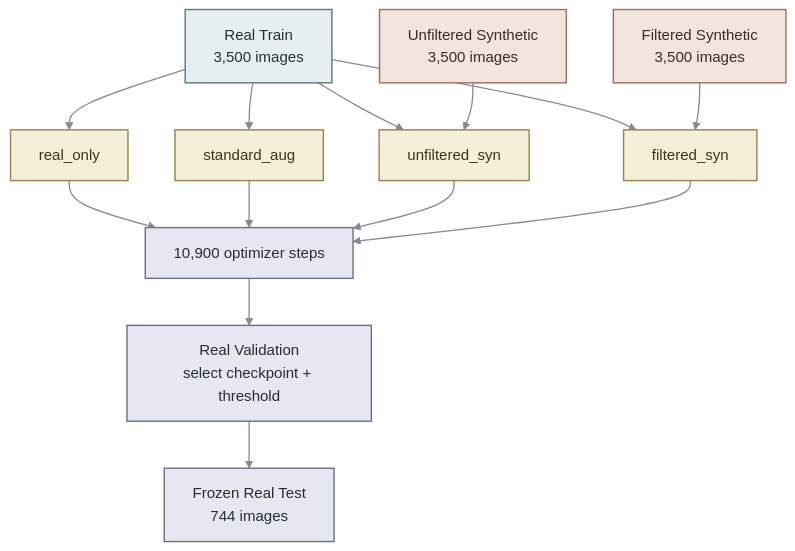
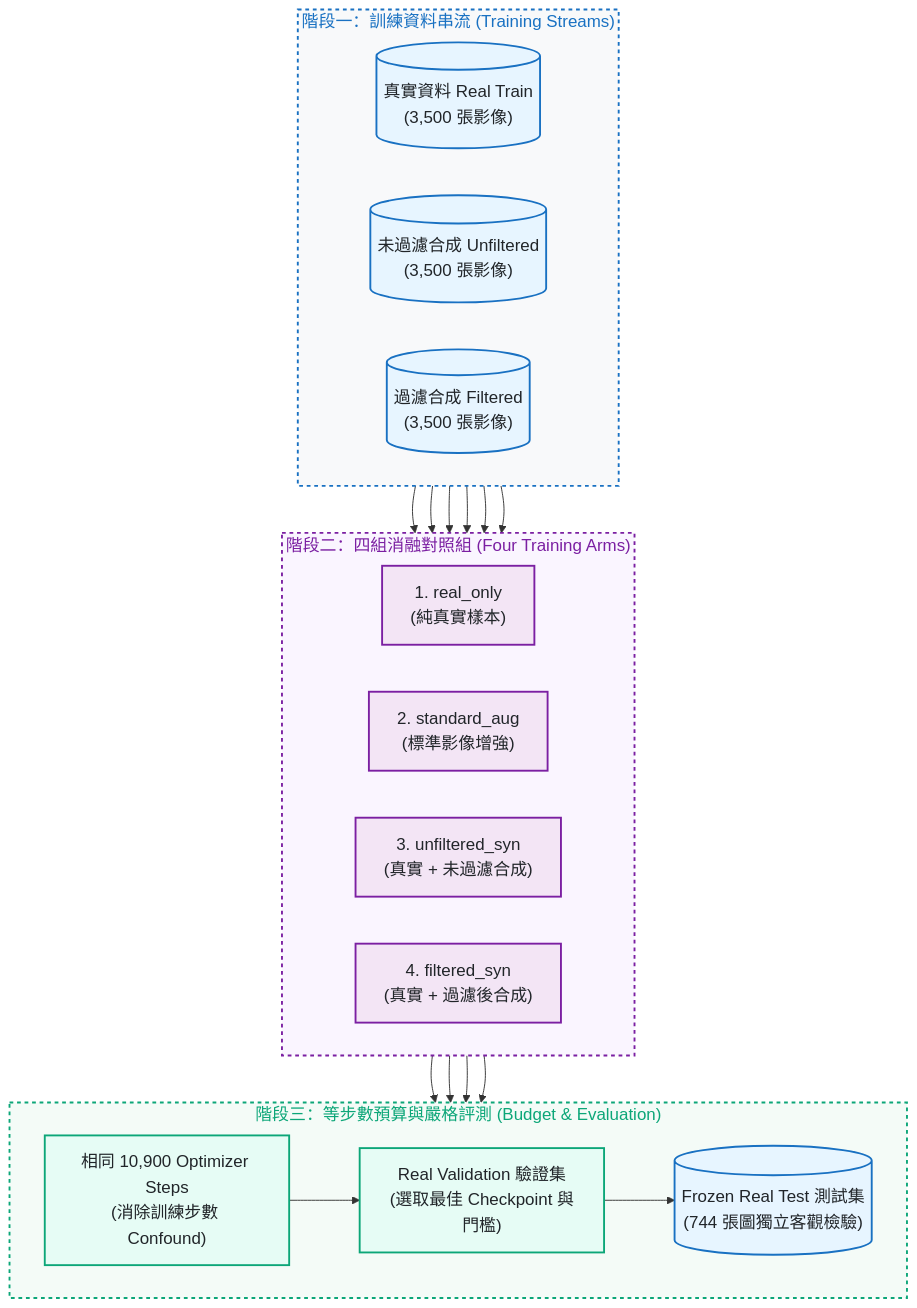
Before and after one commit to kuotunyu/SafeSynth: the second of 2 diagrams in README.md, drawn with Mermaid. The commit also changed other lines of this file and 1 other file, not shown here.

Commit message:
docs: overhaul README with 20px card container flowcharts and clean typography

````diff
--- a/README.md
+++ b/README.md
@@ -87,30 +93,40 @@
 ```mermaid
-flowchart TB
-    R["Real Train<br/>3,500 images"]
-    U["Unfiltered Synthetic<br/>3,500 images"]
-    F["Filtered Synthetic<br/>3,500 images"]
+%%{init: {'themeVariables': {'fontSize': '18px'}}}%%
+flowchart TD
+    subgraph InputStage ["階段一：訓練資料串流 (Training Streams)"]
+        direction LR
+        R[("真實資料 Real Train<br/>(3,500 張影像)")]
+        U[("未過濾合成 Unfiltered<br/>(3,500 張影像)")]
+        F[("過濾合成 Filtered<br/>(3,500 張影像)")]
+    end
 
-    R --> A1["real_only"]
-    R --> A2["standard_aug"]
-    R --> A3["unfiltered_syn"]
-    R --> A4["filtered_syn"]
+    subgraph ArmStage ["階段二：四組消融對照組 (Four Training Arms)"]
+        direction LR
+        A1["1. real_only<br/>(純真實樣本)"]
+        A2["2. standard_aug<br/>(標準影像增強)"]
+        A3["3. unfiltered_syn<br/>(真實 + 未過濾合成)"]
+        A4["4. filtered_syn<br/>(真實 + 過濾後合成)"]
+    end
+
+    subgraph EvalStage ["階段三：等步數預算與嚴格評測 (Budget & Evaluation)"]
+        direction LR
+        Budget["相同 10,900 Optimizer Steps<br/>(消除訓練步數 Confound)"] --> Val["Real Validation 驗證集<br/>(選取最佳 Checkpoint 與門檻)"] --> Test[("Frozen Real Test 測試集<br/>(744 張圖獨立客觀檢驗)")]
+    end
+
+    R --> A1 & A2 & A3 & A4
     U --> A3
     F --> A4
+    A1 & A2 & A3 & A4 --> Budget
 
-    A1 --> B["10,900 optimizer steps"]
-    A2 --> B
-    A3 --> B
-    A4 --> B
-    B --> V["Real Validation<br/>select checkpoint + threshold"]
-    V --> T["Frozen Real Test<br/>744 images"]
+    classDef srcStyle fill:#e7f5ff,stroke:#1971c2,stroke-width:2px,color:#212529
+    classDef armStyle fill:#f3e5f5,stroke:#7b1fa2,stroke-width:2px,color:#212529
+    classDef evalStyle fill:#e6fcf5,stroke:#0ca678,stroke-width:2px,color:#212529
 
-    classDef real fill:#E7EEF0,stroke:#5F777D,color:#203136,stroke-width:1.5px
-    classDef synth fill:#F1E5DE,stroke:#9B6E5D,color:#3E2A23,stroke-width:1.5px
-    classDef arm fill:#F5EFD9,stroke:#9A8249,color:#3B321F,stroke-width:1.5px
-    classDef eval fill:#E5E8F0,stroke:#68718C,color:#272B3A,stroke-width:1.5px
-    class R real
-    class U,F synth
-    class A1,A2,A3,A4 arm
-    class B,V,T eval
-    linkStyle default stroke:#858B8F,stroke-width:1.4px
+    class R,U,F,Test srcStyle
+    class A1,A2,A3,A4 armStyle
+    class Budget,Val evalStyle
+
+    style InputStage fill:#f8f9fa,stroke:#1971c2,stroke-width:2px,color:#1971c2,stroke-dasharray: 4 4
+    style ArmStage fill:#faf5ff,stroke:#7b1fa2,stroke-width:2px,color:#7b1fa2,stroke-dasharray: 4 4
+    style EvalStage fill:#f4fbf7,stroke:#0ca678,stroke-width:2px,color:#0ca678,stroke-dasharray: 4 4
 ```
````
